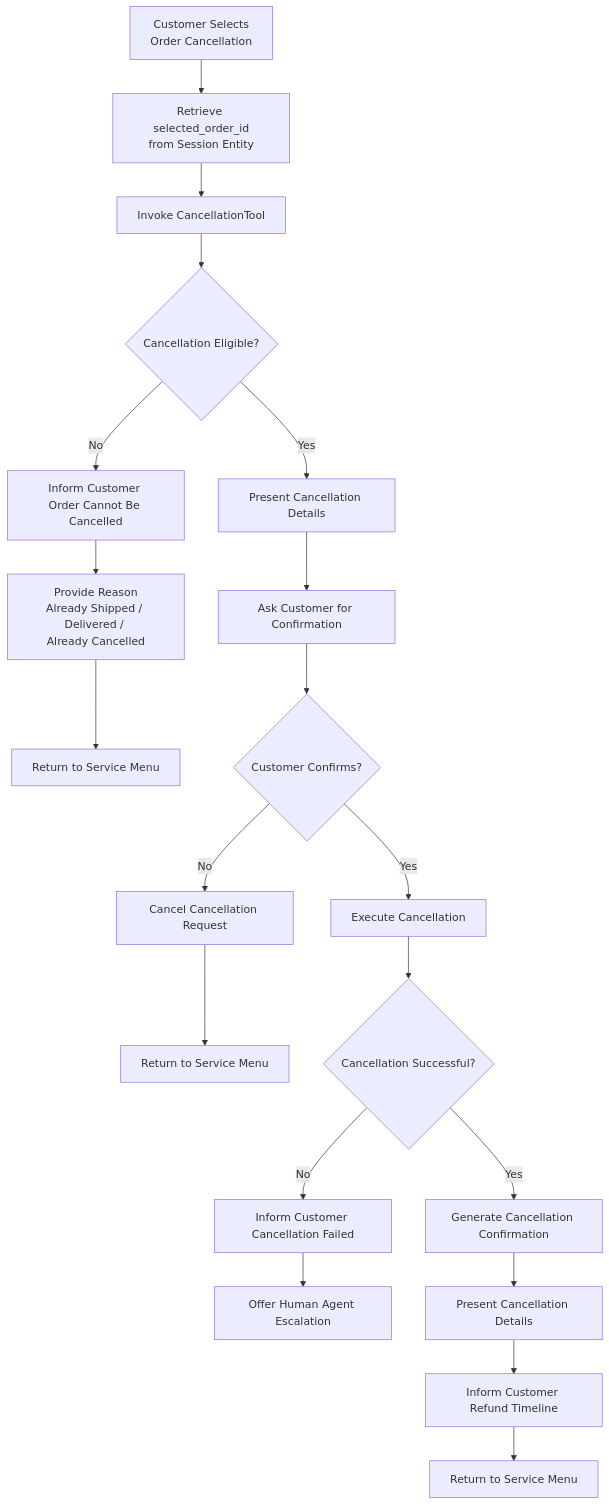
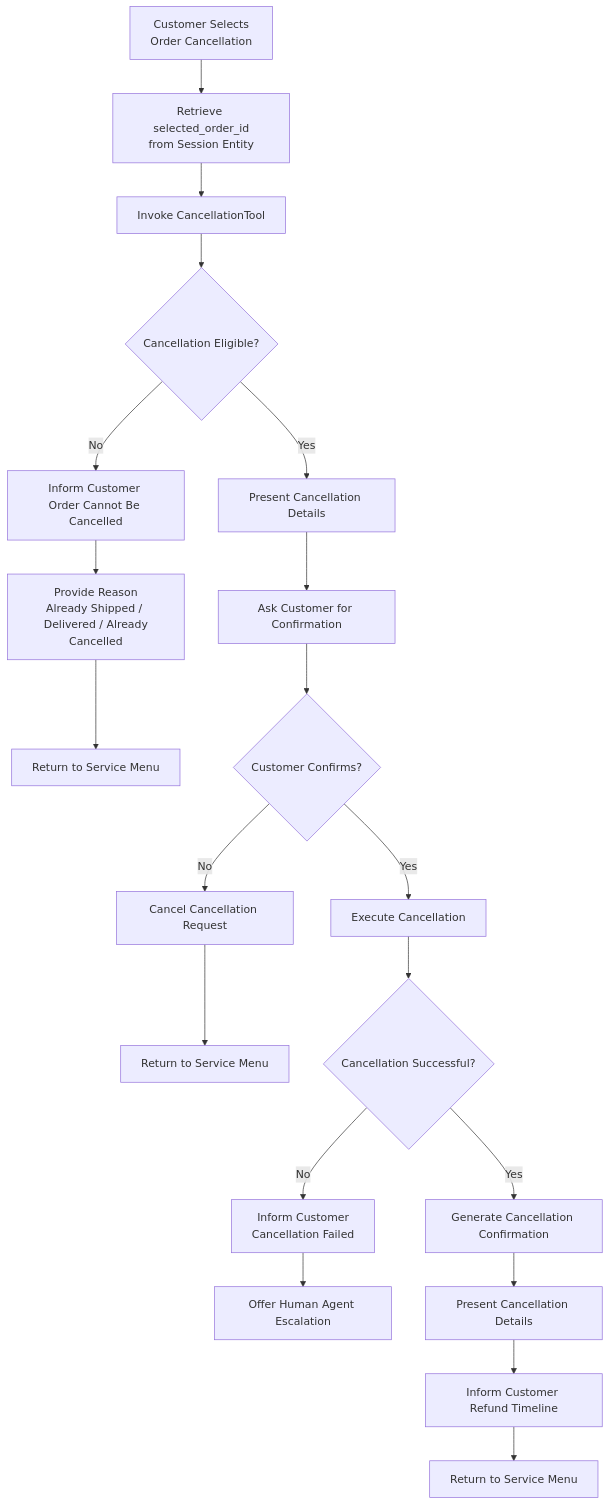
The diagram in diagrams/cancellation_flow.mmd (anshikasaini12/retail-cx-voice-agent-gcp), drawn with Mermaid before and after one commit.

```diff
--- a/diagrams/cancellation_flow.mmd
+++ b/diagrams/cancellation_flow.mmd
@@ -1,41 +1,41 @@
 flowchart TD
 
 A[Customer Selects<br/>Order Cancellation]
 
 --> B[Retrieve selected_order_id<br/>from Session Entity]
 
 --> C[Invoke CancellationTool]
 
 --> D{Cancellation Eligible?}
 
 D -- No --> E[Inform Customer <br/>Order Cannot Be Cancelled]
 
-E --> F[Provide Reason<br/>Already Shipped / Delivered / <br/>Already Cancelled]
+E --> F[Provide Reason<br/>Already Shipped / <br/> Delivered / Already Cancelled]
 
 F --> G[Return to Service Menu]
 
 D -- Yes --> H[Present Cancellation Details]
 
 H --> I[Ask Customer for Confirmation]
 
 I --> J{Customer Confirms?}
 
 J -- No --> K[Cancel Cancellation Request]
 
 K --> L[Return to Service Menu]
 
 J -- Yes --> M[Execute Cancellation]
 
 M --> N{Cancellation Successful?}
 
-N -- No --> O[Inform Customer Cancellation Failed]
+N -- No --> O[Inform Customer <br/> Cancellation Failed]
 
 O --> P[Offer Human Agent Escalation]
 
 N -- Yes --> Q[Generate Cancellation Confirmation]
 
 Q --> R[Present Cancellation Details]
 
 R --> S[Inform Customer Refund Timeline]
 
 S --> T[Return to Service Menu]
```
